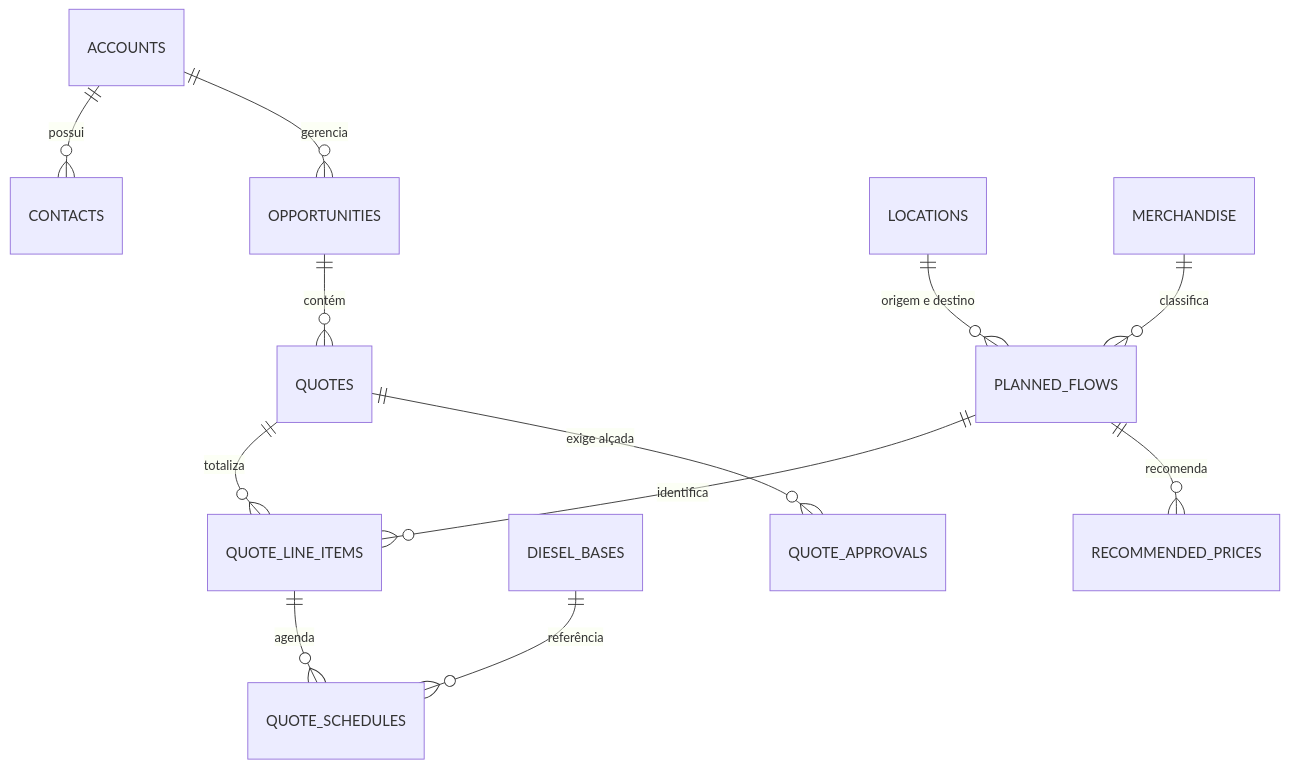
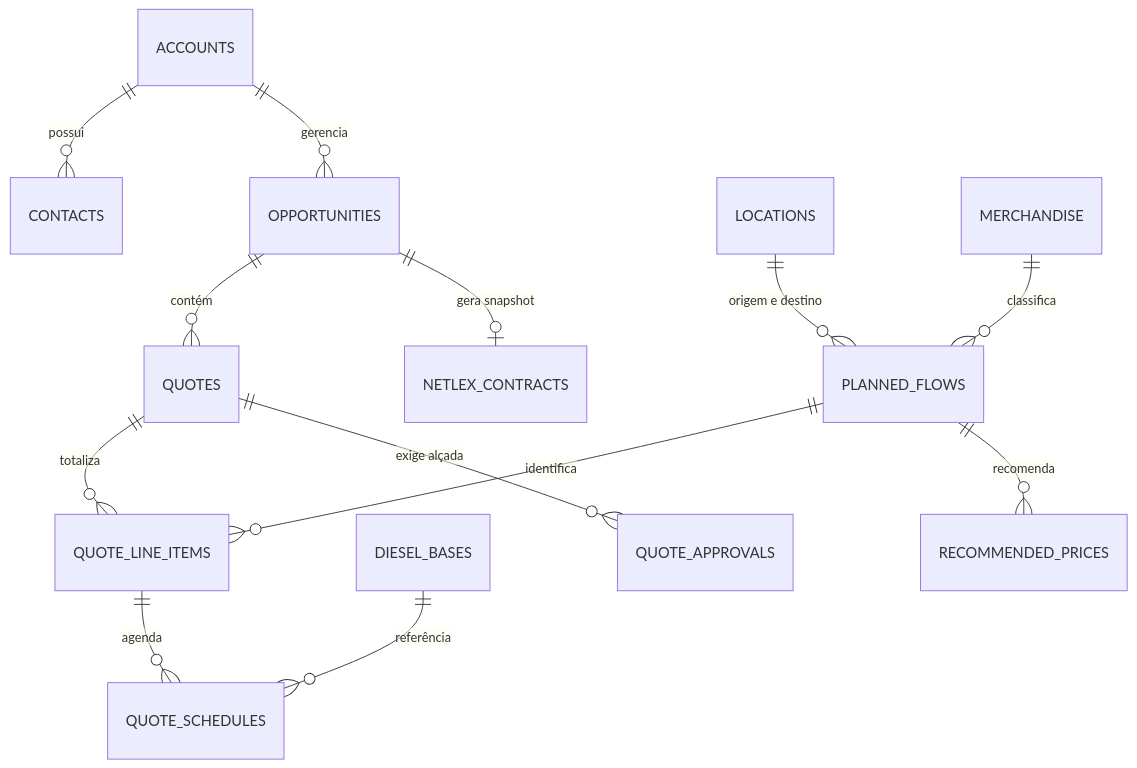
The diagram in README.md (kiltonfernandes/vli-sf-playground), drawn with Mermaid before and after one commit. The commit also changed other lines of this file and 13 other files, not shown here.

````diff
--- a/README.md
+++ b/README.md
@@ -203,14 +212,15 @@
 ```mermaid
 erDiagram
     ACCOUNTS ||--o{ CONTACTS : "possui"
     ACCOUNTS ||--o{ OPPORTUNITIES : "gerencia"
     OPPORTUNITIES ||--o{ QUOTES : "contém"
     QUOTES ||--o{ QUOTE_LINE_ITEMS : "totaliza"
     PLANNED_FLOWS ||--o{ QUOTE_LINE_ITEMS : "identifica"
     QUOTE_LINE_ITEMS ||--o{ QUOTE_SCHEDULES : "agenda"
+    OPPORTUNITIES ||--o| NETLEX_CONTRACTS : "gera snapshot"
     LOCATIONS ||--o{ PLANNED_FLOWS : "origem e destino"
     MERCHANDISE ||--o{ PLANNED_FLOWS : "classifica"
     DIESEL_BASES ||--o{ QUOTE_SCHEDULES : "referência"
     PLANNED_FLOWS ||--o{ RECOMMENDED_PRICES : "recomenda"
     QUOTES ||--o{ QUOTE_APPROVALS : "exige alçada"
 ```
````
